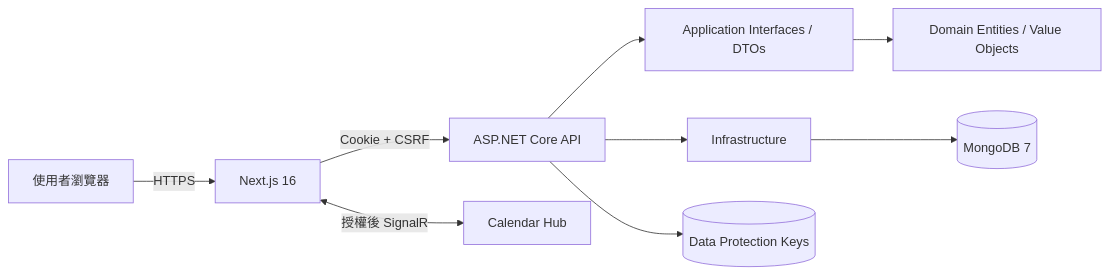
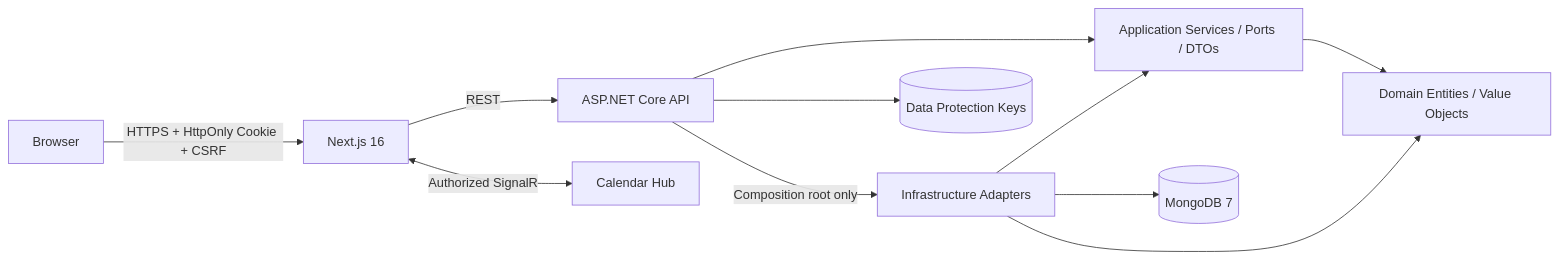
The first of 2 diagrams in docs/02-系統與架構全覽.md (helloapple080/HsuFamily), drawn with Mermaid before and after one commit. The commit also changed other lines of this file and 12 other files, not shown here.

````diff
--- a/docs/02-系統與架構全覽.md
+++ b/docs/02-系統與架構全覽.md
@@ -27,11 +29,13 @@
 ```mermaid
 flowchart LR
-  U[使用者瀏覽器] -->|HTTPS| N[Next.js 16]
-  N -->|Cookie + CSRF| A[ASP.NET Core API]
-  N <-->|授權後 SignalR| H[Calendar Hub]
-  A --> AP[Application Interfaces / DTOs]
-  AP --> D[Domain Entities / Value Objects]
-  A --> I[Infrastructure]
-  I --> M[(MongoDB 7)]
-  A --> K[(Data Protection Keys)]
+  B["Browser"] -->|"HTTPS + HttpOnly Cookie + CSRF"| N["Next.js 16"]
+  N -->|"REST"| API["ASP.NET Core API"]
+  N <-->|"Authorized SignalR"| HUB["Calendar Hub"]
+  API --> APP["Application Services / Ports / DTOs"]
+  APP --> DOM["Domain Entities / Value Objects"]
+  INF["Infrastructure Adapters"] --> APP
+  INF --> DOM
+  API -->|"Composition root only"| INF
+  INF --> DB[("MongoDB 7")]
+  API --> KEYS[("Data Protection Keys")]
 ```
````
